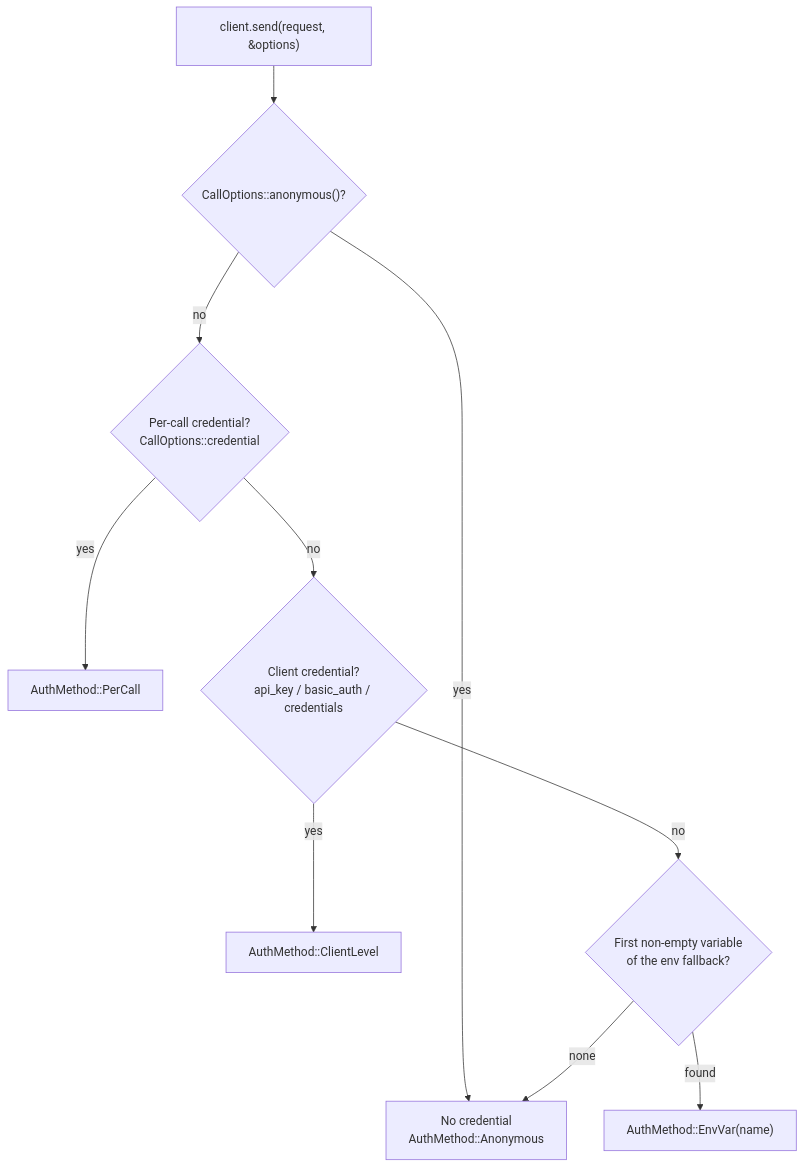
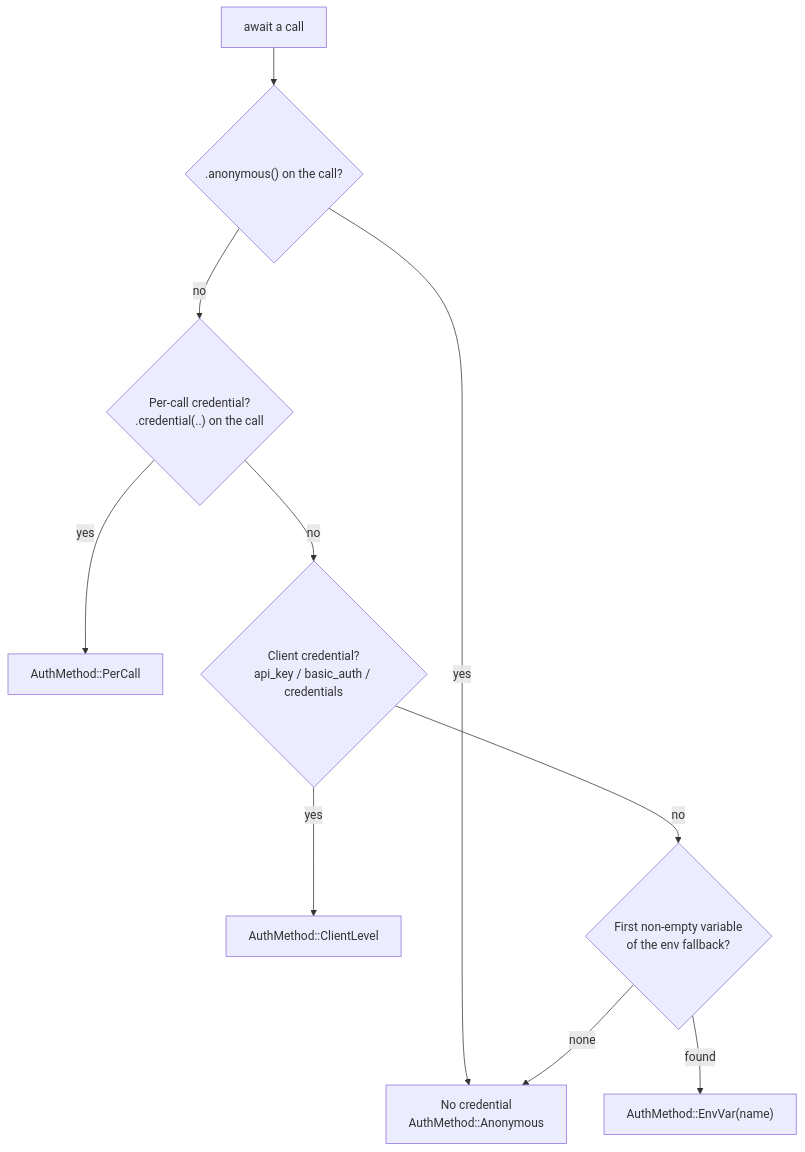
The diagram in schematic/docs/runtime/credentials.md (yankeeinlondon/rusty-biscuit), drawn with Mermaid before and after one commit. The commit also changed other lines of this file and 13 other files, not shown here.

````diff
--- a/schematic/docs/runtime/credentials.md
+++ b/schematic/docs/runtime/credentials.md
@@ -24,12 +24,12 @@
 ```mermaid
 flowchart TD
-    A["client.send(request, &options)"] --> B{"CallOptions::anonymous()?"}
+    A["await a call"] --> B{".anonymous() on the call?"}
     B -->|yes| N["No credential<br/>AuthMethod::Anonymous"]
-    B -->|no| C{"Per-call credential?<br/>CallOptions::credential"}
+    B -->|no| C{"Per-call credential?<br/>.credential(..) on the call"}
     C -->|yes| P["AuthMethod::PerCall"]
     C -->|no| D{"Client credential?<br/>api_key / basic_auth / credentials"}
     D -->|yes| L["AuthMethod::ClientLevel"]
     D -->|no| E{"First non-empty variable<br/>of the env fallback?"}
     E -->|found| V["AuthMethod::EnvVar(name)"]
     E -->|none| N
 ```
````
